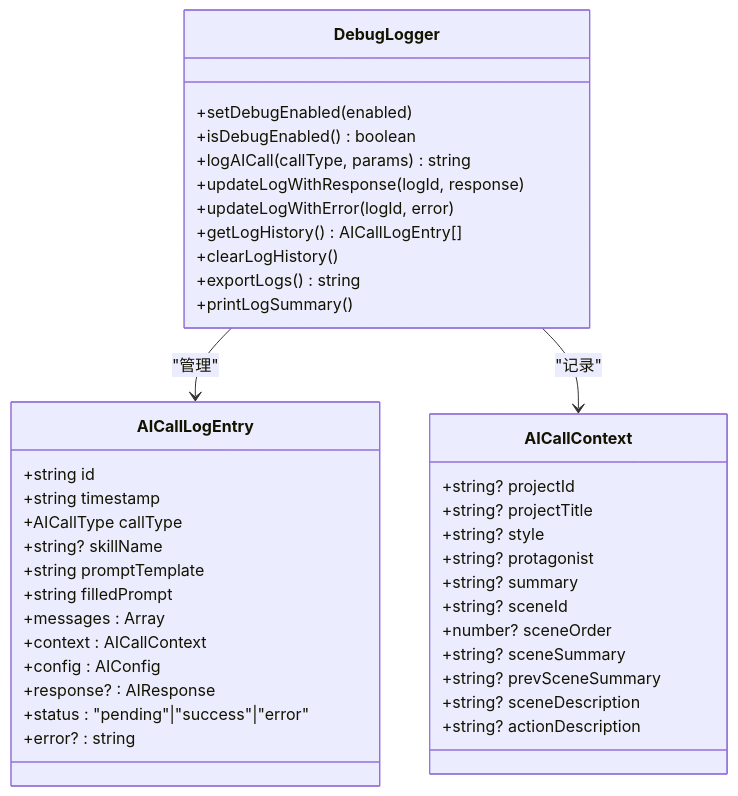
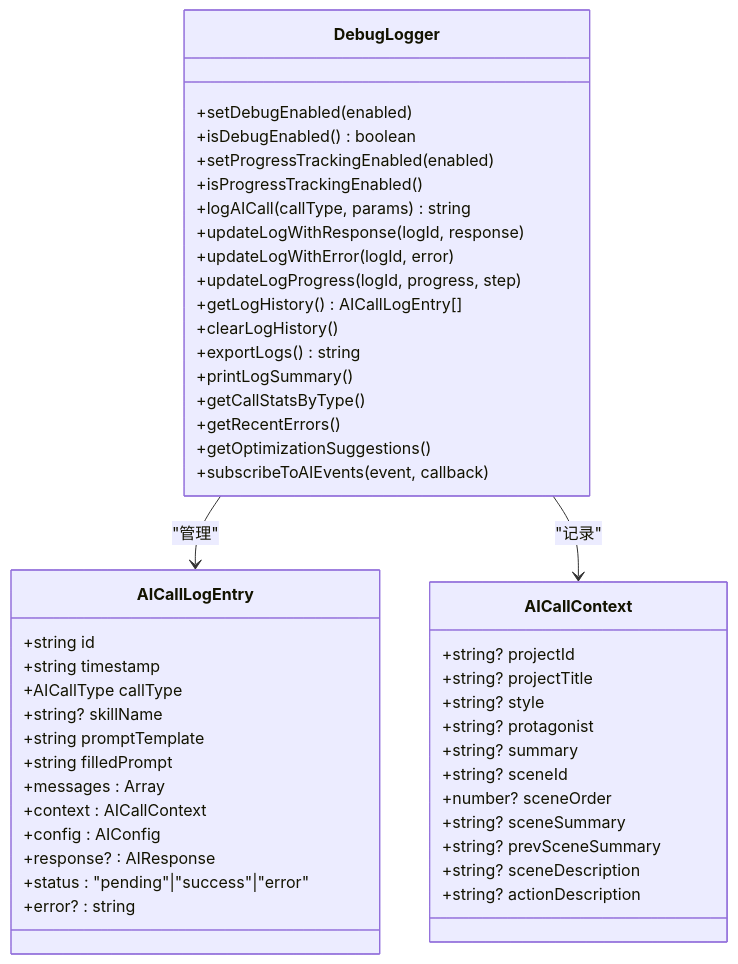
Before and after one commit to leonaiuv/aixsss: the third of 9 diagrams in .qoder/repowiki/zh/content/技术架构/AI调试日志器.md, drawn with Mermaid. The commit also changed other lines of this file and 9 other files, not shown here.

Commit message:
查询、导出与优化建议 - 完善调用流程图与架构文档，详述事件驱动和状态管理的设计理念与实现细节

````diff
--- a/.qoder/repowiki/zh/content/技术架构/AI调试日志器.md
+++ b/.qoder/repowiki/zh/content/技术架构/AI调试日志器.md
@@ -142,43 +178,50 @@
 ```mermaid
 classDiagram
 class DebugLogger {
 +setDebugEnabled(enabled)
 +isDebugEnabled() boolean
++setProgressTrackingEnabled(enabled)
++isProgressTrackingEnabled()
 +logAICall(callType, params) string
 +updateLogWithResponse(logId, response)
 +updateLogWithError(logId, error)
++updateLogProgress(logId, progress, step)
 +getLogHistory() AICallLogEntry[]
 +clearLogHistory()
 +exportLogs() string
 +printLogSummary()
++getCallStatsByType()
++getRecentErrors()
++getOptimizationSuggestions()
++subscribeToAIEvents(event, callback)
 }
 class AICallLogEntry {
 +string id
 +string timestamp
 +AICallType callType
 +string? skillName
 +string promptTemplate
 +string filledPrompt
 +messages : Array
 +context : AICallContext
 +config : AIConfig
 +response? : AIResponse
 +status : "pending"|"success"|"error"
 +error? : string
 }
 class AICallContext {
 +string? projectId
 +string? projectTitle
 +string? style
 +string? protagonist
 +string? summary
 +string? sceneId
 +number? sceneOrder
 +string? sceneSummary
 +string? prevSceneSummary
 +string? sceneDescription
 +string? actionDescription
 }
 DebugLogger --> AICallLogEntry : "管理"
 DebugLogger --> AICallContext : "记录"
 ```
````
